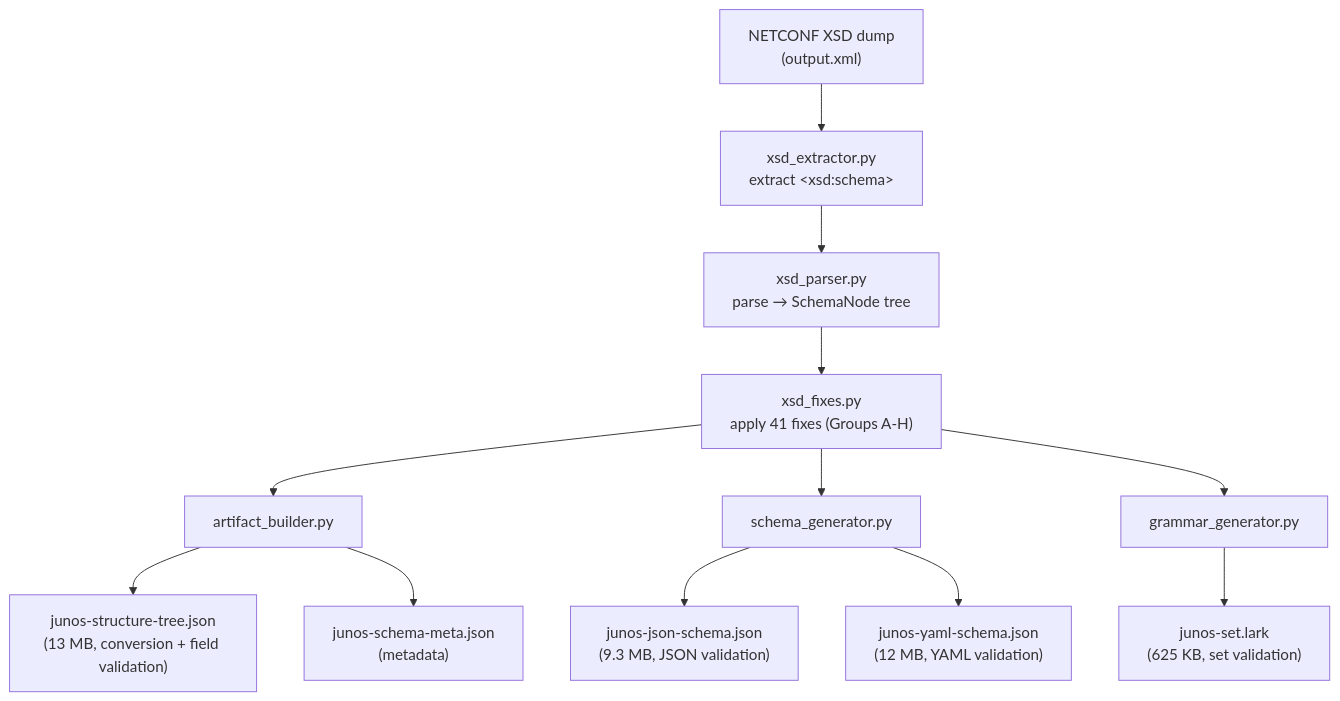
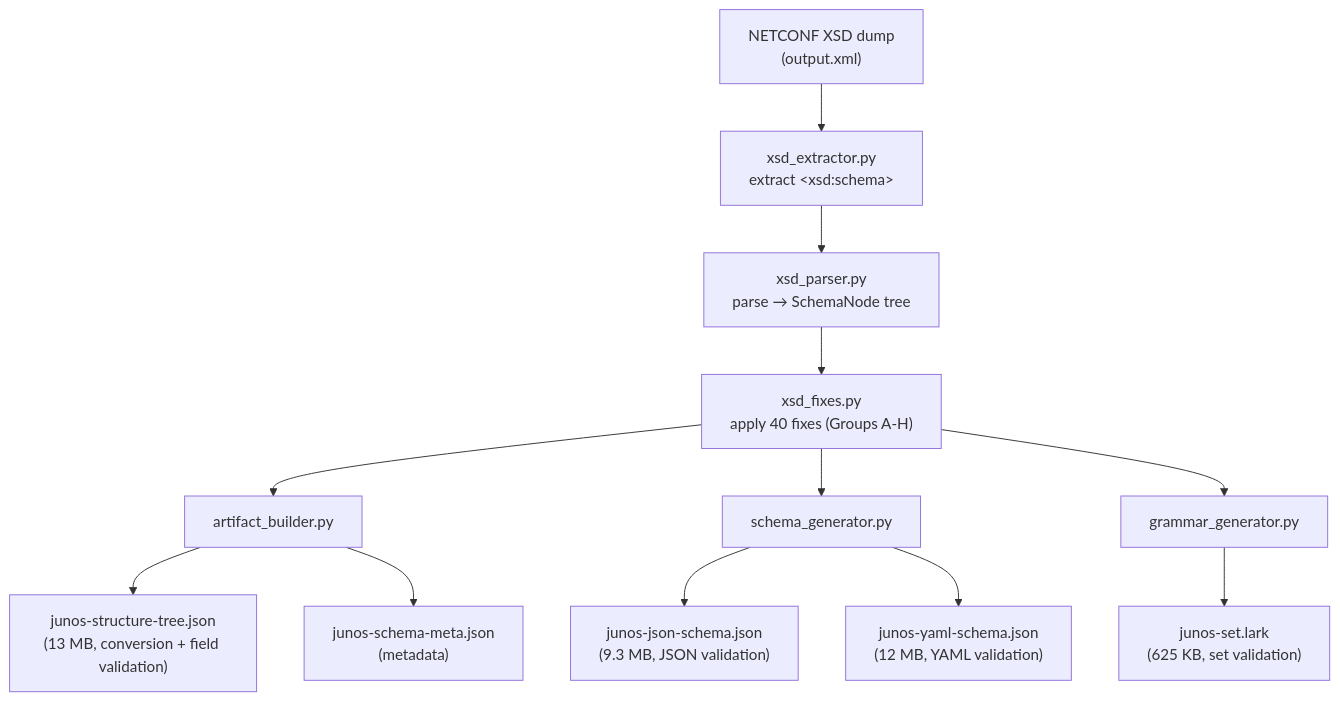
The fifth of 8 diagrams in docs/architecture/developer-guide.md (dg-i/junoscfg), drawn with Mermaid before and after one commit. The commit also changed 16 other files, not shown here.

````diff
--- a/docs/architecture/developer-guide.md
+++ b/docs/architecture/developer-guide.md
@@ -389,15 +389,15 @@
 ```mermaid
 flowchart TD
     XSD["NETCONF XSD dump\n(output.xml)"] --> EXT["xsd_extractor.py\nextract &lt;xsd:schema&gt;"]
     EXT --> PARSE["xsd_parser.py\nparse → SchemaNode tree"]
-    PARSE --> FIX["xsd_fixes.py\napply 41 fixes (Groups A-H)"]
+    PARSE --> FIX["xsd_fixes.py\napply 40 fixes (Groups A-H)"]
     FIX --> BUILD["artifact_builder.py"]
     FIX --> SGEN["schema_generator.py"]
     FIX --> GGEN["grammar_generator.py"]
 
     BUILD --> TREE["junos-structure-tree.json\n(13 MB, conversion + field validation)"]
     SGEN --> JSCHEMA["junos-json-schema.json\n(9.3 MB, JSON validation)"]
     SGEN --> YSCHEMA["junos-yaml-schema.json\n(12 MB, YAML validation)"]
     GGEN --> LARK["junos-set.lark\n(625 KB, set validation)"]
     BUILD --> META["junos-schema-meta.json\n(metadata)"]
 ```
````
